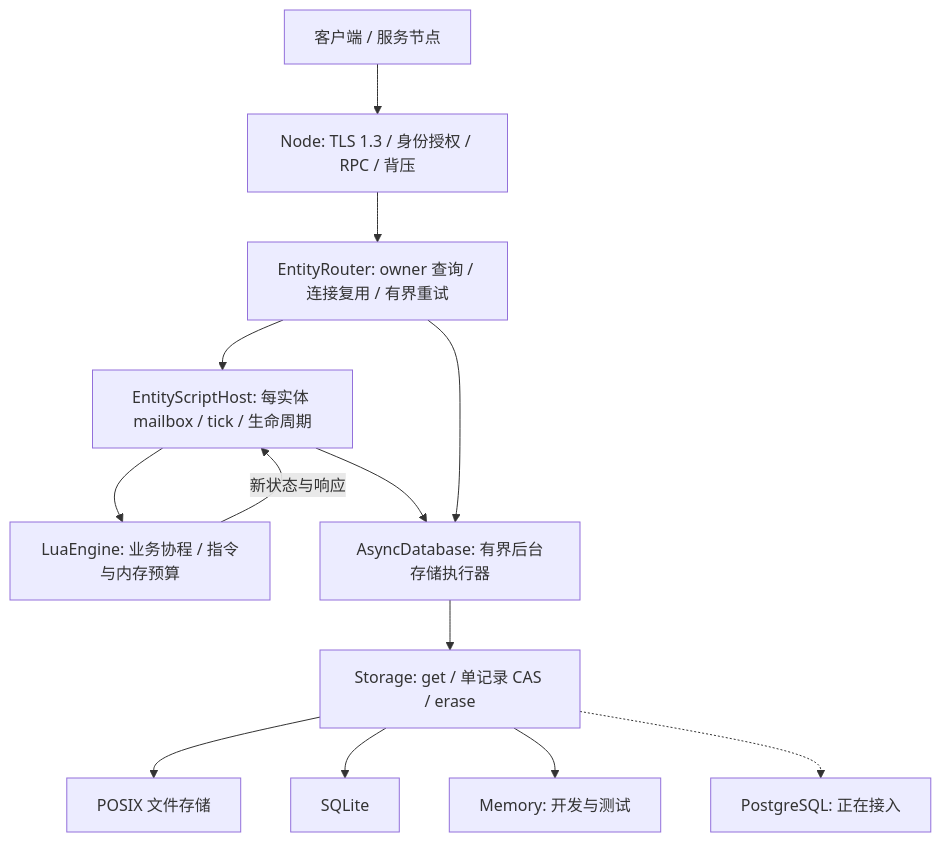
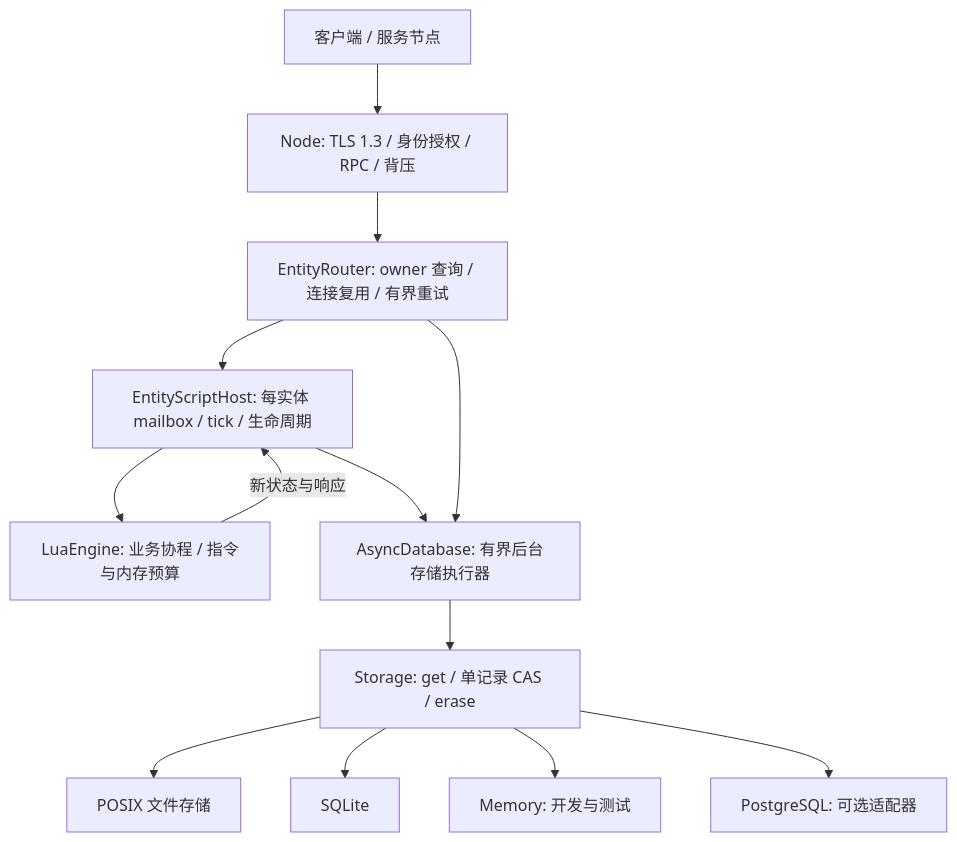
Before and after one commit to frodosens/fsnet: the diagram in docs/ARCHITECTURE.md, drawn with Mermaid. The commit also changed other lines of this file and 20 other files, not shown here.

Commit message:
feat(storage): add optional PostgreSQL CAS adapter with crash recovery tests

````diff
--- a/docs/ARCHITECTURE.md
+++ b/docs/ARCHITECTURE.md
@@ -5,15 +5,15 @@
 ```mermaid
 flowchart TB
     Client[客户端 / 服务节点] --> Node[Node: TLS 1.3 / 身份授权 / RPC / 背压]
     Node --> Router[EntityRouter: owner 查询 / 连接复用 / 有界重试]
     Router --> Host[EntityScriptHost: 每实体 mailbox / tick / 生命周期]
     Host --> Lua[LuaEngine: 业务协程 / 指令与内存预算]
     Lua -->|新状态与响应| Host
     Host --> Worker[AsyncDatabase: 有界后台存储执行器]
     Router --> Worker
     Worker --> Storage[Storage: get / 单记录 CAS / erase]
     Storage --> Files[POSIX 文件存储]
     Storage --> SQLite[SQLite]
     Storage --> Memory[Memory: 开发与测试]
-    Storage -.-> PG[PostgreSQL: 正在接入]
+    Storage --> PG[PostgreSQL: 可选适配器]
 ```
````
